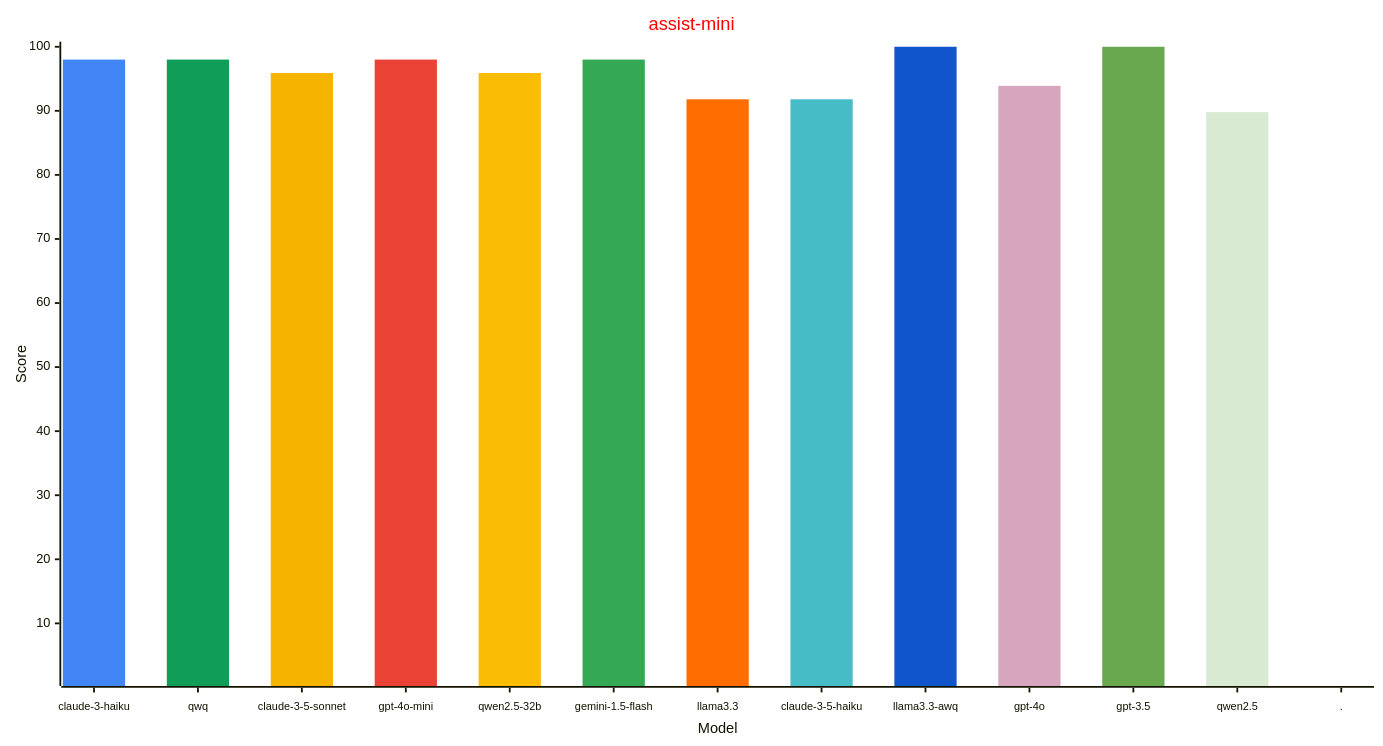
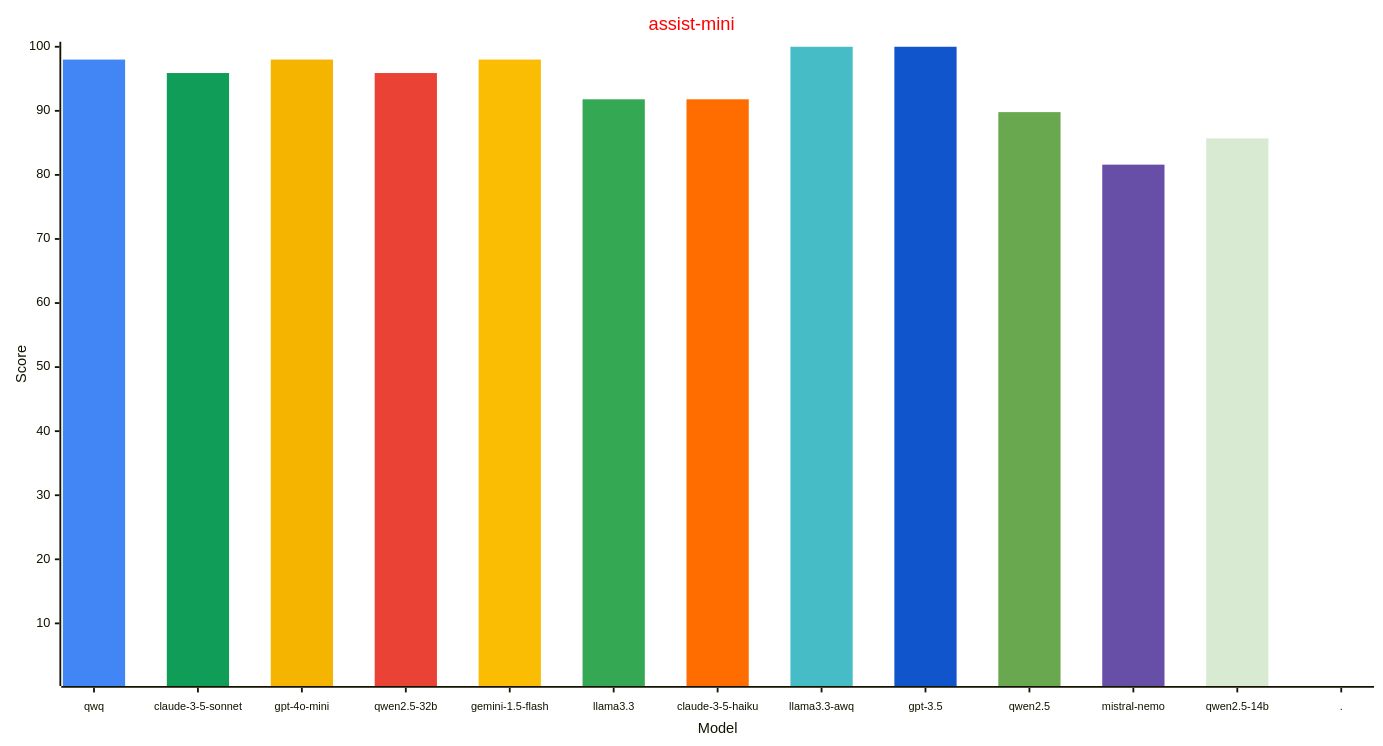
One commit to allenporter/home-assistant-datasets changed the second of 4 diagrams in reports/README.md. Above: the diagram before and after it, drawn with Mermaid. The commit also changed other lines of this file and 3 other files, not shown here.

````diff
--- a/reports/README.md
+++ b/reports/README.md
@@ -103,33 +94,33 @@
 ```mermaid
 ---
 config:
     xyChart:
         width: 1500
         height: 800
         xAxis:
           labelFontSize: 12
           labelPadding: 8
     themeVariables:
         xyChart:
             titleColor: "#ff0000"
-            plotColorPalette: "#4285f4, #0f9d58, #f4b400, #ea4335, #fbbc04, #34a853, #ff6d01, #46bdc6, #1155cc, #d5a6bd, #6aa84f, #d9ead3, #4285f4"
+            plotColorPalette: "#4285f4, #0f9d58, #f4b400, #ea4335, #fbbc04, #34a853, #ff6d01, #46bdc6, #1155cc, #6aa84f, #674ea7, #d9ead3, #4285f4"
 
 ---
 xychart-beta
   title "assist-mini"
-  x-axis "Model" [claude-3-haiku, qwq, claude-3-5-sonnet, gpt-4o-mini, qwen2.5-32b, gemini-1.5-flash, llama3.3, claude-3-5-haiku, llama3.3-awq, gpt-4o, gpt-3.5, qwen2.5, .]
+  x-axis "Model" [qwq, claude-3-5-sonnet, gpt-4o-mini, qwen2.5-32b, gemini-1.5-flash, llama3.3, claude-3-5-haiku, llama3.3-awq, gpt-3.5, qwen2.5, mistral-nemo, qwen2.5-14b, .]
   y-axis "Score" 1 --> 100
   bar [98.0, 0.0, 0.0, 0.0, 0.0, 0.0, 0.0, 0.0, 0.0, 0.0, 0.0, 0.0, 0.0]
-  bar [0.0, 98.0, 0.0, 0.0, 0.0, 0.0, 0.0, 0.0, 0.0, 0.0, 0.0, 0.0, 0.0]
-  bar [0.0, 0.0, 95.9, 0.0, 0.0, 0.0, 0.0, 0.0, 0.0, 0.0, 0.0, 0.0, 0.0]
-  bar [0.0, 0.0, 0.0, 98.0, 0.0, 0.0, 0.0, 0.0, 0.0, 0.0, 0.0, 0.0, 0.0]
-  bar [0.0, 0.0, 0.0, 0.0, 95.9, 0.0, 0.0, 0.0, 0.0, 0.0, 0.0, 0.0, 0.0]
-  bar [0.0, 0.0, 0.0, 0.0, 0.0, 98.0, 0.0, 0.0, 0.0, 0.0, 0.0, 0.0, 0.0]
+  bar [0.0, 95.9, 0.0, 0.0, 0.0, 0.0, 0.0, 0.0, 0.0, 0.0, 0.0, 0.0, 0.0]
+  bar [0.0, 0.0, 98.0, 0.0, 0.0, 0.0, 0.0, 0.0, 0.0, 0.0, 0.0, 0.0, 0.0]
+  bar [0.0, 0.0, 0.0, 95.9, 0.0, 0.0, 0.0, 0.0, 0.0, 0.0, 0.0, 0.0, 0.0]
+  bar [0.0, 0.0, 0.0, 0.0, 98.0, 0.0, 0.0, 0.0, 0.0, 0.0, 0.0, 0.0, 0.0]
+  bar [0.0, 0.0, 0.0, 0.0, 0.0, 91.8, 0.0, 0.0, 0.0, 0.0, 0.0, 0.0, 0.0]
   bar [0.0, 0.0, 0.0, 0.0, 0.0, 0.0, 91.8, 0.0, 0.0, 0.0, 0.0, 0.0, 0.0]
-  bar [0.0, 0.0, 0.0, 0.0, 0.0, 0.0, 0.0, 91.8, 0.0, 0.0, 0.0, 0.0, 0.0]
+  bar [0.0, 0.0, 0.0, 0.0, 0.0, 0.0, 0.0, 100.0, 0.0, 0.0, 0.0, 0.0, 0.0]
   bar [0.0, 0.0, 0.0, 0.0, 0.0, 0.0, 0.0, 0.0, 100.0, 0.0, 0.0, 0.0, 0.0]
-  bar [0.0, 0.0, 0.0, 0.0, 0.0, 0.0, 0.0, 0.0, 0.0, 93.9, 0.0, 0.0, 0.0]
-  bar [0.0, 0.0, 0.0, 0.0, 0.0, 0.0, 0.0, 0.0, 0.0, 0.0, 100.0, 0.0, 0.0]
-  bar [0.0, 0.0, 0.0, 0.0, 0.0, 0.0, 0.0, 0.0, 0.0, 0.0, 0.0, 89.8, 0.0]
+  bar [0.0, 0.0, 0.0, 0.0, 0.0, 0.0, 0.0, 0.0, 0.0, 89.8, 0.0, 0.0, 0.0]
+  bar [0.0, 0.0, 0.0, 0.0, 0.0, 0.0, 0.0, 0.0, 0.0, 0.0, 81.6, 0.0, 0.0]
+  bar [0.0, 0.0, 0.0, 0.0, 0.0, 0.0, 0.0, 0.0, 0.0, 0.0, 0.0, 85.7, 0.0]
   bar [0.0, 0.0, 0.0, 0.0, 0.0, 0.0, 0.0, 0.0, 0.0, 0.0, 0.0, 0.0, -1.0]
 ```
````
